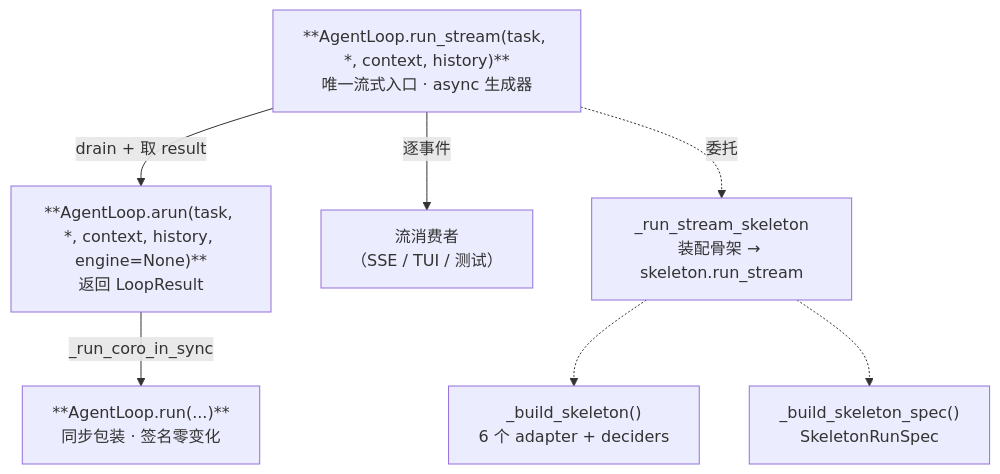
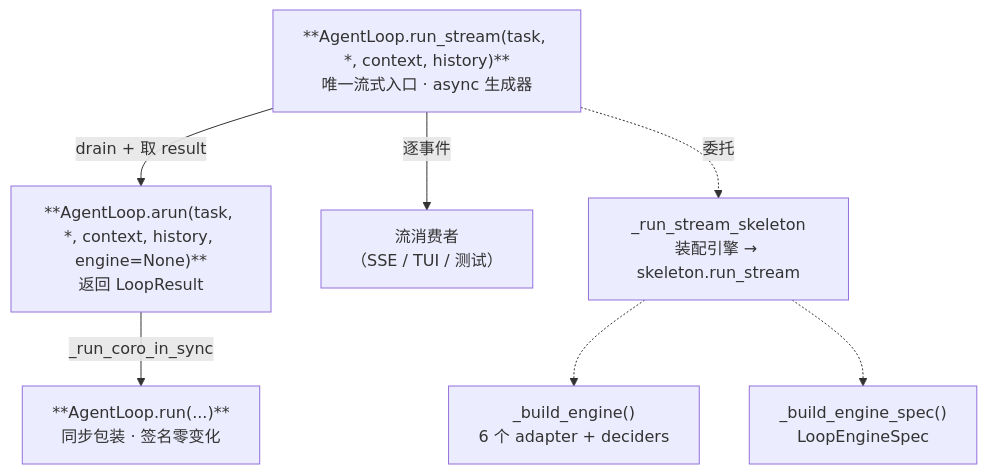
One commit to sn0wfree/AgentNodes changed the seventh of 7 diagrams in docs/design/loop-final-design-20261112.md. Above: the diagram before and after it, drawn with Mermaid. The commit also changed other lines of this file and 19 other files, not shown here.

First line of the commit message:
refactor(loop): 引擎改名 ReActSkeleton → LoopEngine

````diff
--- a/docs/design/loop-final-design-20261112.md
+++ b/docs/design/loop-final-design-20261112.md
@@ -432,10 +432,10 @@
 ```mermaid
 flowchart TD
     A["**AgentLoop.run_stream(task, *, context, history)**<br/>唯一流式入口 · async 生成器"] -->|"drain + 取 result"| B["**AgentLoop.arun(task, *, context, history, engine=None)**<br/>返回 LoopResult"]
     B -->|"_run_coro_in_sync"| C["**AgentLoop.run(...)**<br/>同步包装 · 签名零变化"]
     A -->|"逐事件"| D["流消费者<br/>（SSE / TUI / 测试）"]
 
-    A -.->|"委托"| E["_run_stream_skeleton<br/>装配骨架 → skeleton.run_stream"]
-    E -.-> F["_build_skeleton()<br/>6 个 adapter + deciders"]
-    E -.-> G["_build_skeleton_spec()<br/>SkeletonRunSpec"]
+    A -.->|"委托"| E["_run_stream_skeleton<br/>装配引擎 → skeleton.run_stream"]
+    E -.-> F["_build_engine()<br/>6 个 adapter + deciders"]
+    E -.-> G["_build_engine_spec()<br/>LoopEngineSpec"]
 ```
````
